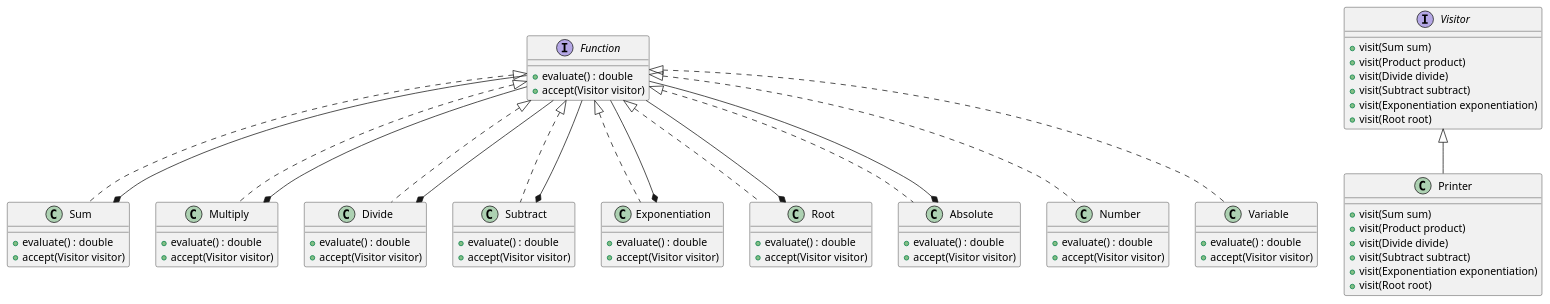
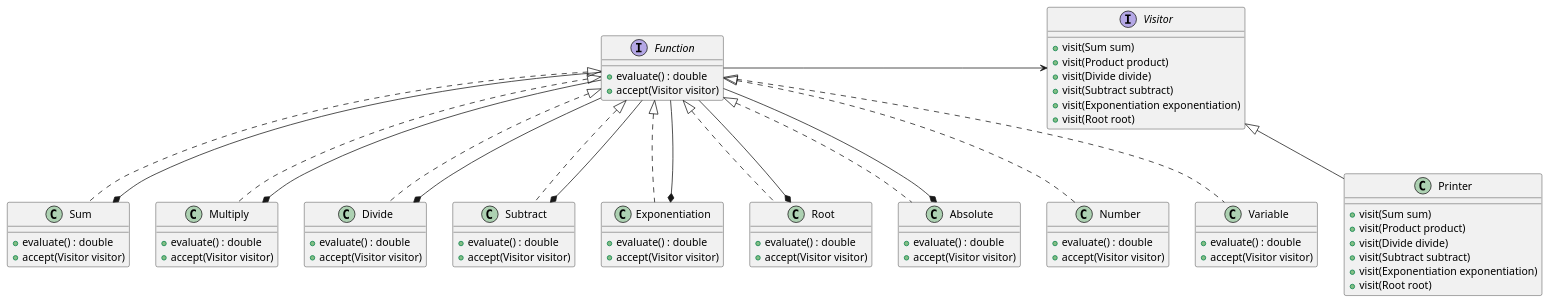
The diagram in diagrams/FunctionUML.puml (austral-ingsis-classroom/formula-FranciscoLang2209), drawn with PlantUML before and after one commit.

Commit message:
Changed a bit the UML diagram

```diff
--- a/diagrams/FunctionUML.puml
+++ b/diagrams/FunctionUML.puml
@@ -1,89 +1,91 @@
 @startuml
 
 interface Function {
     + evaluate() : double
     + accept(Visitor visitor)
 }
 
 class Sum {
     + evaluate() : double
     + accept(Visitor visitor)
 }
 
 class Multiply {
     + evaluate() : double
     + accept(Visitor visitor)
 }
 
 class Divide {
     + evaluate() : double
     + accept(Visitor visitor)
 }
 
 class Subtract {
     + evaluate() : double
     + accept(Visitor visitor)
 }
 
 class Exponentiation {
     + evaluate() : double
     + accept(Visitor visitor)
 }
 
 class Root {
     + evaluate() : double
     + accept(Visitor visitor)
 }
 
 class Absolute {
     + evaluate() : double
     + accept(Visitor visitor)
 }
 
 class Number {
     + evaluate() : double
     + accept(Visitor visitor)
 }
 
 class Variable {
     + evaluate() : double
     + accept(Visitor visitor)
 }
 
 interface Visitor {
     + visit(Sum sum)
     + visit(Product product)
     + visit(Divide divide)
     + visit(Subtract subtract)
     + visit(Exponentiation exponentiation)
     + visit(Root root)
 }
 
 class Printer {
     + visit(Sum sum)
     + visit(Product product)
     + visit(Divide divide)
     + visit(Subtract subtract)
     + visit(Exponentiation exponentiation)
     + visit(Root root)
 }
 
 Function <|.. Sum
 Function <|.. Multiply
 Function <|.. Divide
 Function <|.. Subtract
 Function <|.. Exponentiation
 Function <|.. Root
 Function <|.. Absolute
 Function <|.. Number
 Function <|.. Variable
 Visitor <|-- Printer
 
 Sum *-- Function
 Multiply *-- Function
 Divide *-- Function
 Subtract *-- Function
 Exponentiation *-- Function
 Root *-- Function
 Absolute *-- Function
+
+Function -> Visitor
 @enduml
```
